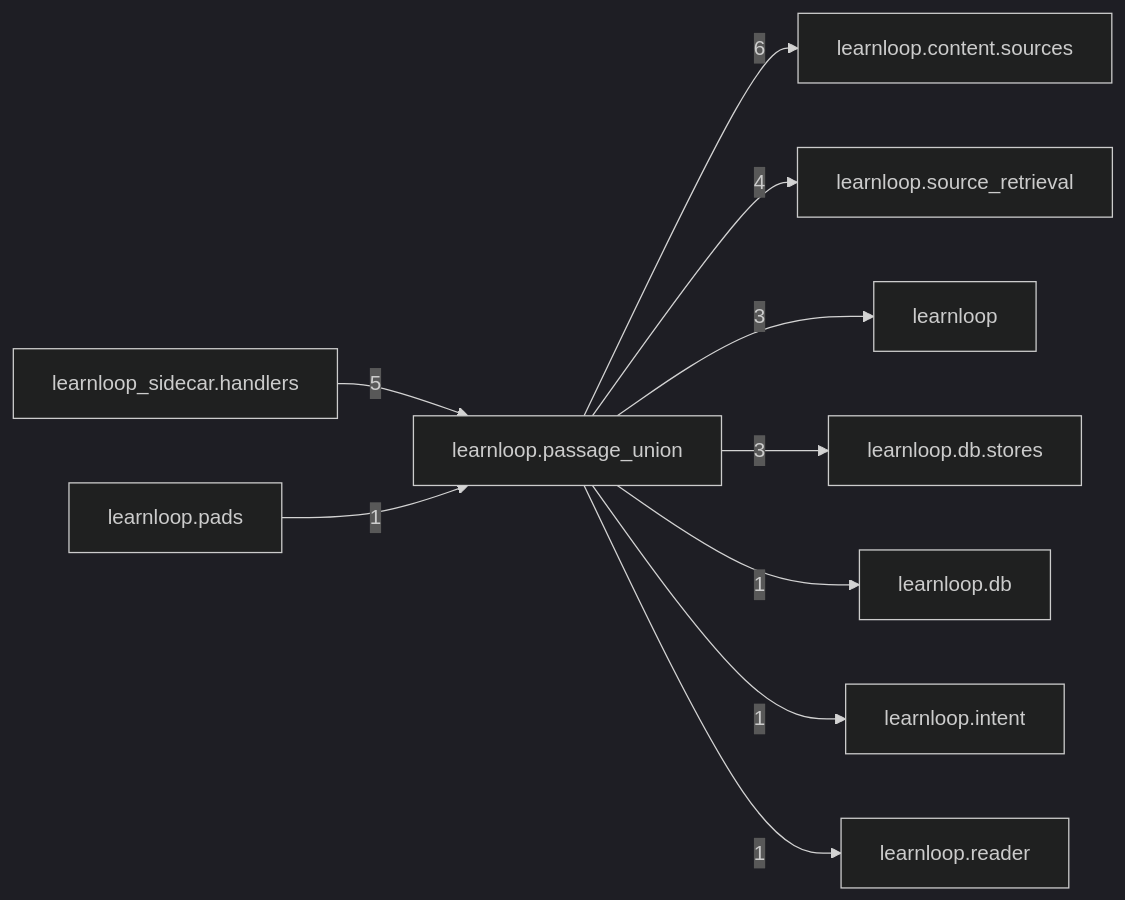
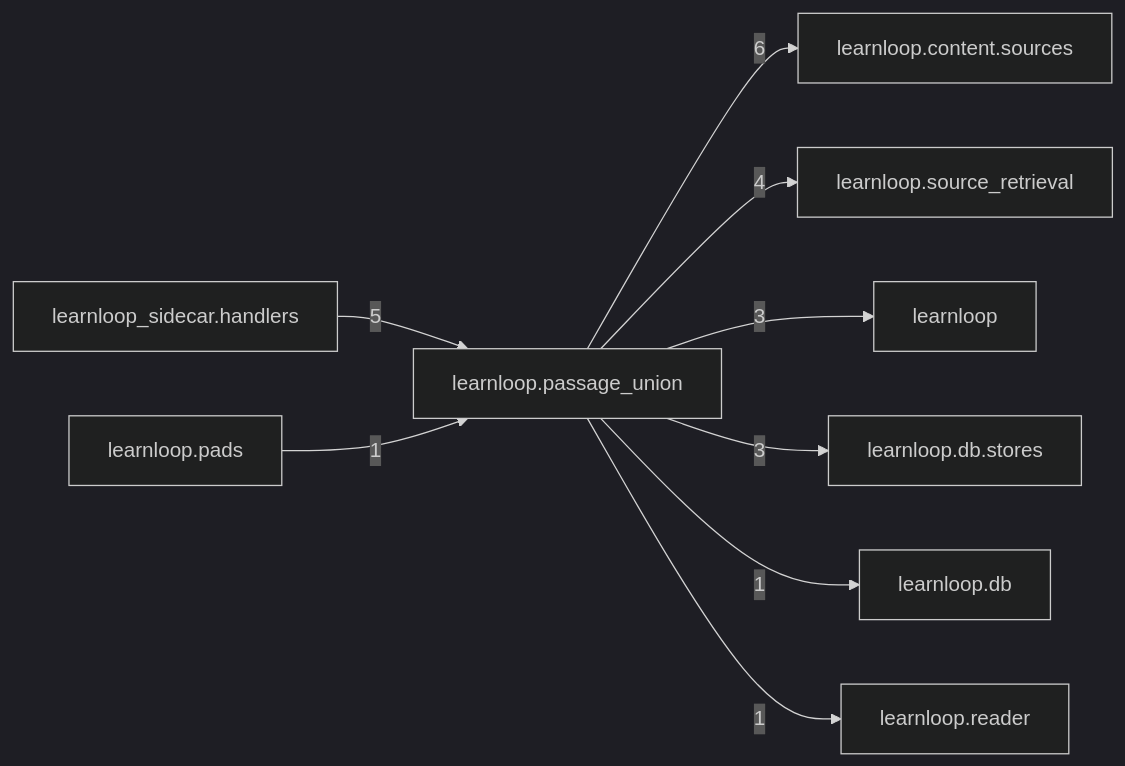
The diagram in docs/learnloop-architecture-vault/Reference/Modules/learnloop/passage_union/_package.md (6up-b/learnanything), drawn with Mermaid (dark theme) before and after one commit. The commit also changed other lines of this file and 39 other files, not shown here.

````diff
--- a/docs/learnloop-architecture-vault/Reference/Modules/learnloop/passage_union/_package.md
+++ b/docs/learnloop-architecture-vault/Reference/Modules/learnloop/passage_union/_package.md
@@ -76,22 +75,20 @@
 ```mermaid
 flowchart LR
     center["learnloop.passage_union"]
     n_learnloop_content_sources["learnloop.content.sources"]
     n_learnloop_sidecar_handlers["learnloop_sidecar.handlers"]
     n_learnloop_source_retrieval["learnloop.source_retrieval"]
     n_learnloop["learnloop"]
     n_learnloop_db_stores["learnloop.db.stores"]
     n_learnloop_db["learnloop.db"]
-    n_learnloop_intent["learnloop.intent"]
     n_learnloop_pads["learnloop.pads"]
     n_learnloop_reader["learnloop.reader"]
     center -->|6| n_learnloop_content_sources
     n_learnloop_sidecar_handlers -->|5| center
     center -->|4| n_learnloop_source_retrieval
     center -->|3| n_learnloop
     center -->|3| n_learnloop_db_stores
     center -->|1| n_learnloop_db
-    center -->|1| n_learnloop_intent
     n_learnloop_pads -->|1| center
     center -->|1| n_learnloop_reader
 ```
````
